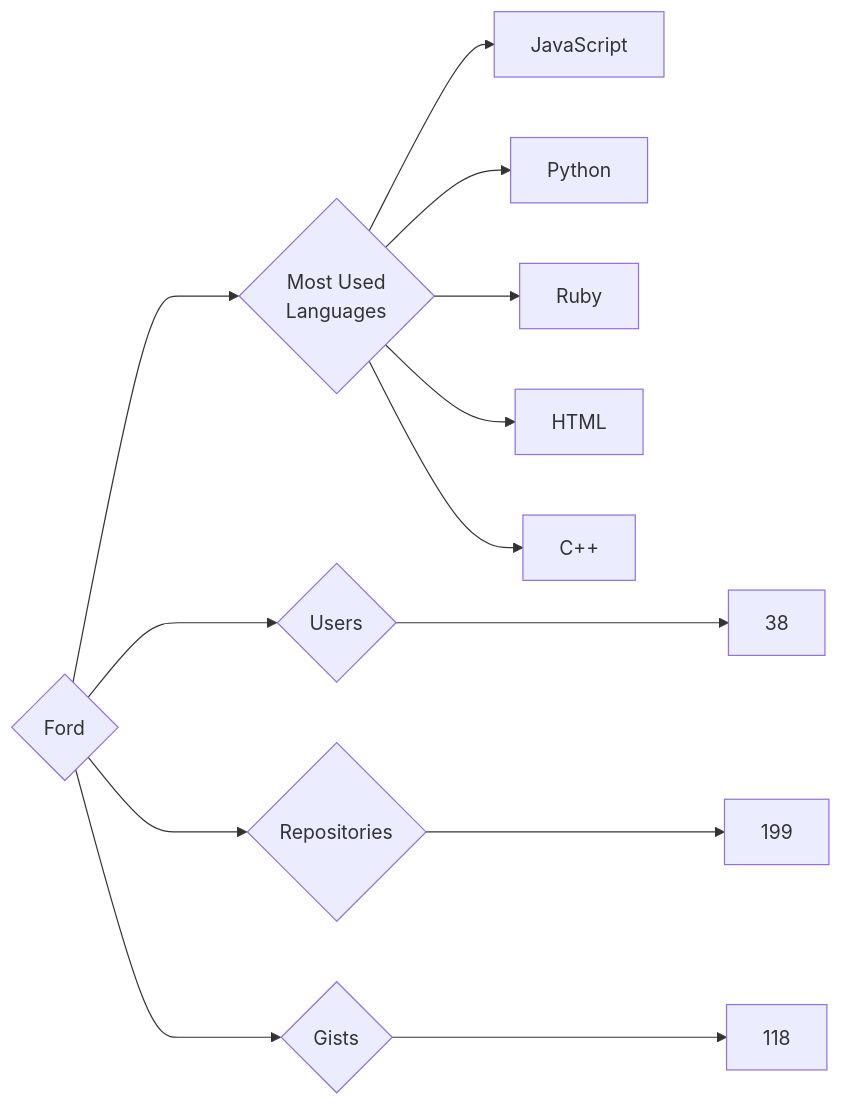
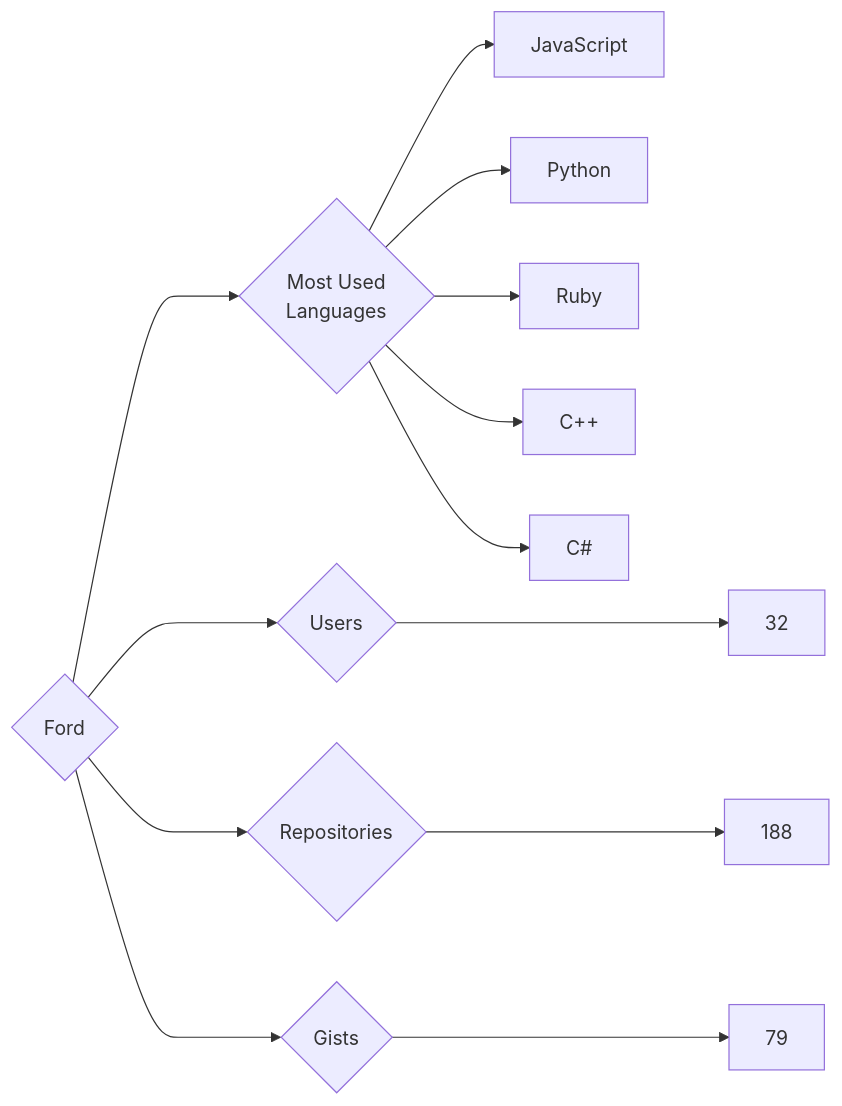
The diagram in targets/Ford/README.md (trickest/insiders), drawn with Mermaid before and after one commit. The commit also changed 845 other files, not shown here.

````diff
--- a/targets/Ford/README.md
+++ b/targets/Ford/README.md
@@ -3,13 +3,13 @@
 ```mermaid
 graph LR
 COMPANY_NAME{Ford}
-COMPANY_NAME ---> U{Users} ---> UN[38]
-COMPANY_NAME ---> R{Repositories} ---> RN[199]
-COMPANY_NAME ---> G{Gists} ---> GN[118]
+COMPANY_NAME ---> U{Users} ---> UN[32]
+COMPANY_NAME ---> R{Repositories} ---> RN[188]
+COMPANY_NAME ---> G{Gists} ---> GN[79]
 COMPANY_NAME ---> ML{Most Used<br>Languages}
 ML --> JavaScript[JavaScript]
 ML --> Python[Python]
 ML --> Ruby[Ruby]
-ML --> HTML[HTML]
 ML --> C++[C++]
+ML --> C#[C#]
 ```
````
